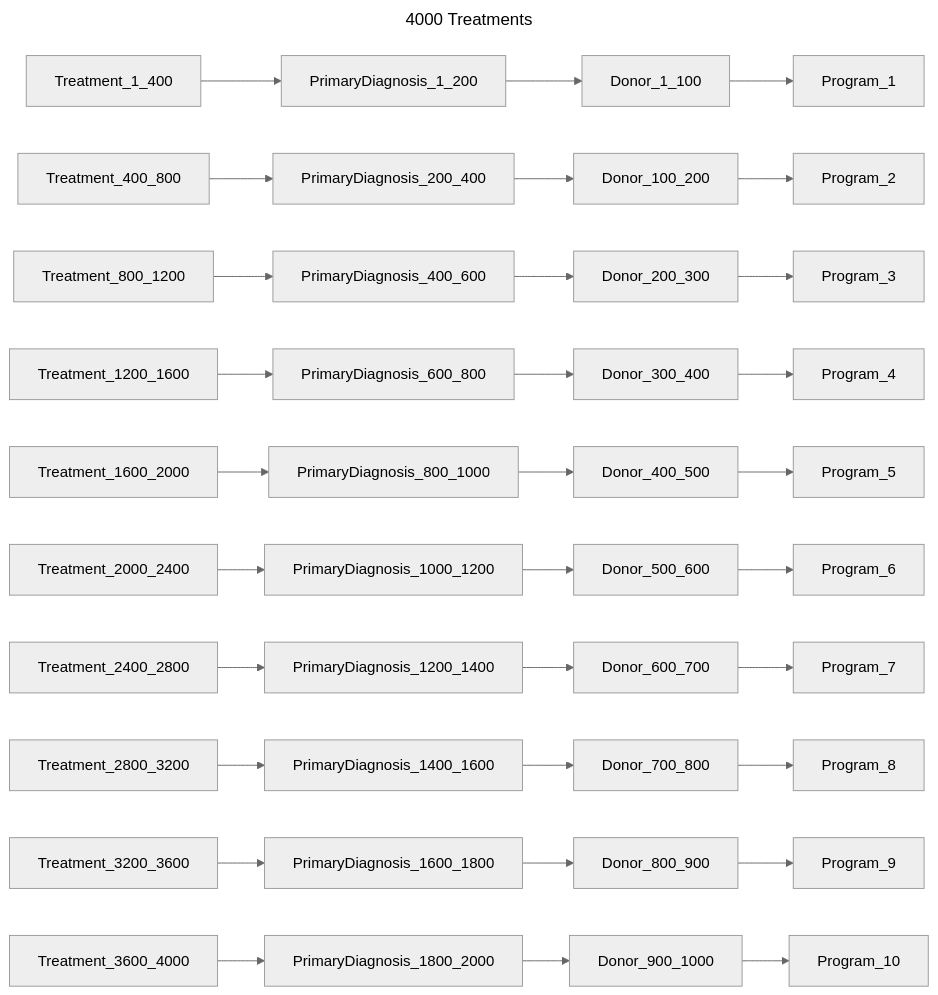
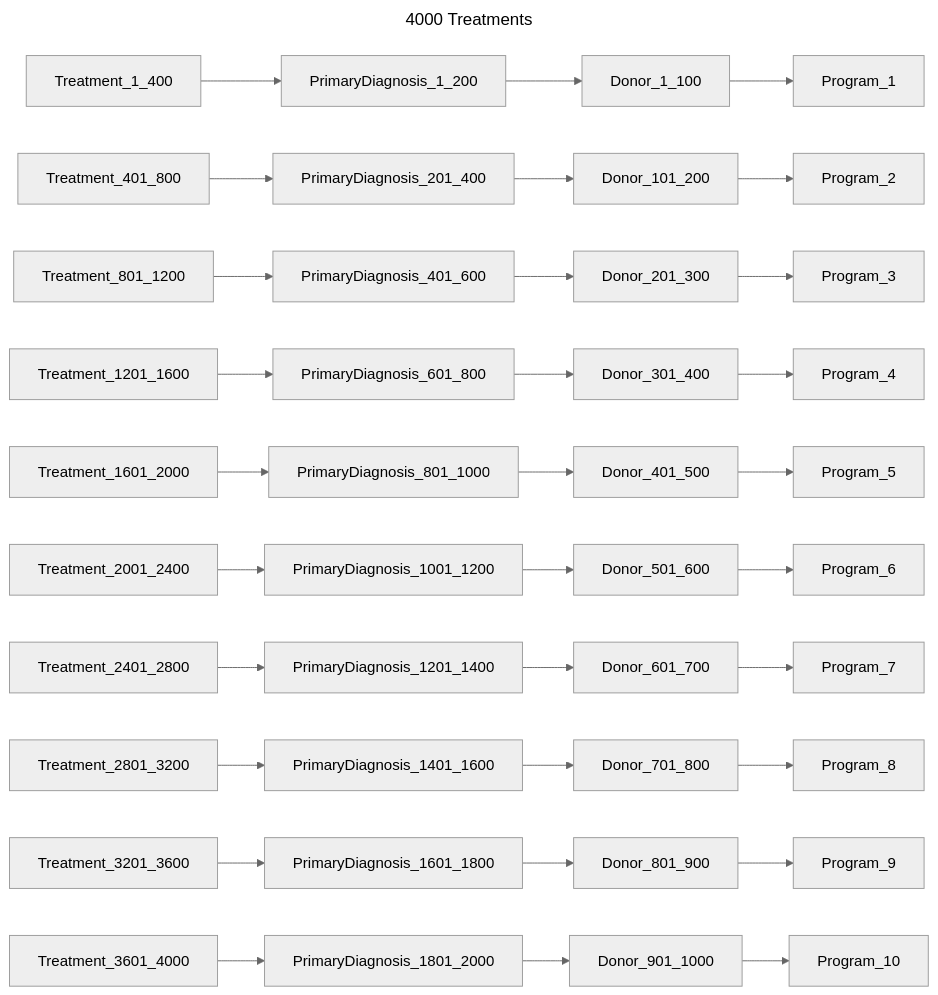
Before and after one commit to bento-platform/katsu: the fifth of 13 diagrams in chord_metadata_service/mohpackets/data/large_dataset/README.md, drawn with Mermaid (neutral theme). The commit also changed other lines of this file, not shown here.

````diff
--- a/chord_metadata_service/mohpackets/data/large_dataset/README.md
+++ b/chord_metadata_service/mohpackets/data/large_dataset/README.md
@@ -83,16 +83,16 @@
 ```mermaid
 ---
 title: 4000 Treatments
 ---
 graph LR;  
   Treatment_1_400 --> PrimaryDiagnosis_1_200 --> Donor_1_100 --> Program_1;
-  Treatment_400_800 --> PrimaryDiagnosis_200_400 --> Donor_100_200 --> Program_2;  
-  Treatment_800_1200 --> PrimaryDiagnosis_400_600 --> Donor_200_300 --> Program_3;  
-  Treatment_1200_1600 --> PrimaryDiagnosis_600_800 --> Donor_300_400 --> Program_4;  
-  Treatment_1600_2000 --> PrimaryDiagnosis_800_1000 --> Donor_400_500 --> Program_5;  
-  Treatment_2000_2400 --> PrimaryDiagnosis_1000_1200 --> Donor_500_600 --> Program_6;  
-  Treatment_2400_2800 --> PrimaryDiagnosis_1200_1400 --> Donor_600_700 --> Program_7;  
-  Treatment_2800_3200 --> PrimaryDiagnosis_1400_1600 --> Donor_700_800 --> Program_8;  
-  Treatment_3200_3600 --> PrimaryDiagnosis_1600_1800 --> Donor_800_900 --> Program_9;
-  Treatment_3600_4000 --> PrimaryDiagnosis_1800_2000 --> Donor_900_1000 --> Program_10;  
+  Treatment_401_800 --> PrimaryDiagnosis_201_400 --> Donor_101_200 --> Program_2;  
+  Treatment_801_1200 --> PrimaryDiagnosis_401_600 --> Donor_201_300 --> Program_3;  
+  Treatment_1201_1600 --> PrimaryDiagnosis_601_800 --> Donor_301_400 --> Program_4;  
+  Treatment_1601_2000 --> PrimaryDiagnosis_801_1000 --> Donor_401_500 --> Program_5;  
+  Treatment_2001_2400 --> PrimaryDiagnosis_1001_1200 --> Donor_501_600 --> Program_6;  
+  Treatment_2401_2800 --> PrimaryDiagnosis_1201_1400 --> Donor_601_700 --> Program_7;  
+  Treatment_2801_3200 --> PrimaryDiagnosis_1401_1600 --> Donor_701_800 --> Program_8;  
+  Treatment_3201_3600 --> PrimaryDiagnosis_1601_1800 --> Donor_801_900 --> Program_9;
+  Treatment_3601_4000 --> PrimaryDiagnosis_1801_2000 --> Donor_901_1000 --> Program_10;  
 ```
````
